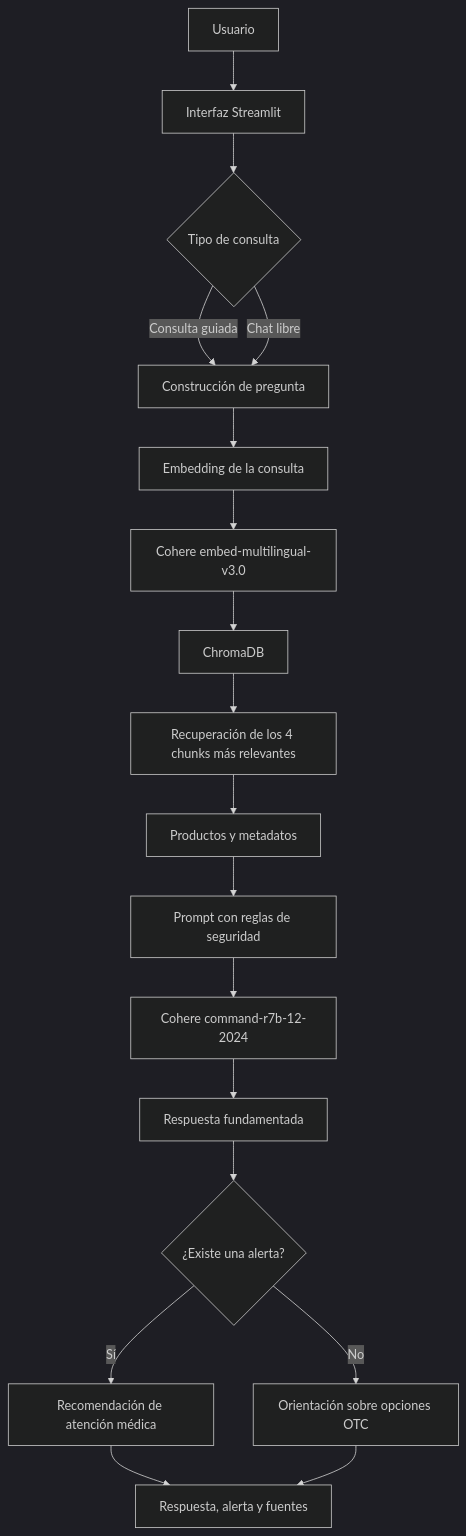
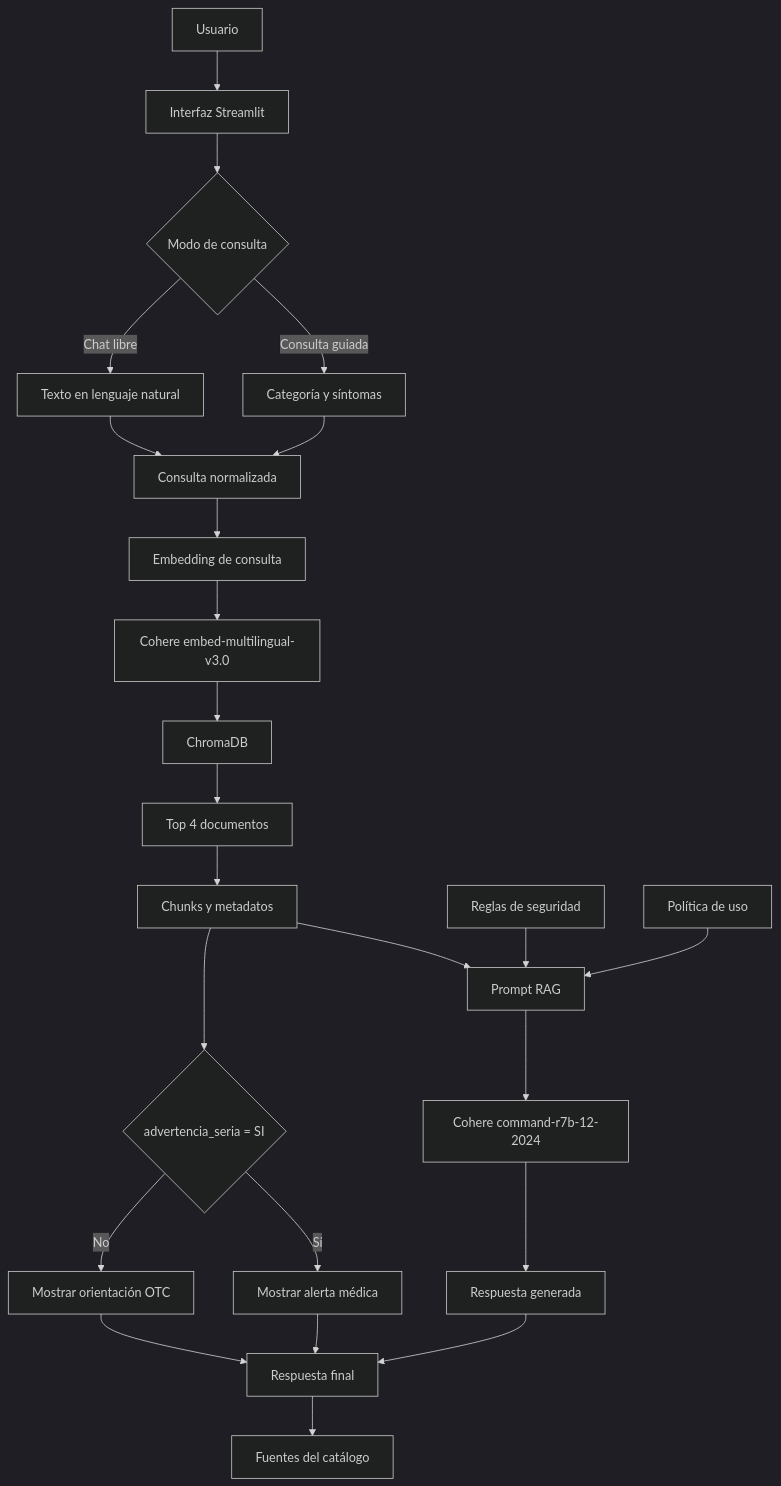
Before and after one commit to jgodinezaviles/farmaknow: the diagram in README.md, drawn with Mermaid (dark theme). The commit also changed other lines of this file, not shown here.

````diff
--- a/README.md
+++ b/README.md
@@ -115,27 +159,34 @@
 ```mermaid
 flowchart TD
     A[Usuario] --> B[Interfaz Streamlit]
 
-    B --> C{Tipo de consulta}
-    C -->|Consulta guiada| D[Construcción de pregunta]
-    C -->|Chat libre| D
+    B --> C{Modo de consulta}
+    C -->|Consulta guiada| D[Categoría y síntomas]
+    C -->|Chat libre| E[Texto en lenguaje natural]
 
-    D --> E[Embedding de la consulta]
-    E --> F[Cohere embed-multilingual-v3.0]
+    D --> F[Consulta normalizada]
+    E --> F
 
-    F --> G[ChromaDB]
-    G --> H[Recuperación de los 4 chunks más relevantes]
+    F --> G[Embedding de consulta]
+    G --> H[Cohere embed-multilingual-v3.0]
 
-    H --> I[Productos y metadatos]
-    I --> J[Prompt con reglas de seguridad]
+    H --> I[ChromaDB]
+    I --> J[Top 4 documentos]
+    J --> K[Chunks y metadatos]
 
-    J --> K[Cohere command-r7b-12-2024]
-    K --> L[Respuesta fundamentada]
+    K --> L[Prompt RAG]
+    M[Reglas de seguridad] --> L
+    N[Política de uso] --> L
 
-    L --> M{¿Existe una alerta?}
-    M -->|Sí| N[Recomendación de atención médica]
-    M -->|No| O[Orientación sobre opciones OTC]
+    L --> O[Cohere command-r7b-12-2024]
+    O --> P[Respuesta generada]
 
-    N --> P[Respuesta, alerta y fuentes]
-    O --> P
+    K --> Q{advertencia_seria = SI}
+    Q -->|Sí| R[Mostrar alerta médica]
+    Q -->|No| S[Mostrar orientación OTC]
+
+    P --> T[Respuesta final]
+    R --> T
+    S --> T
+    T --> U[Fuentes del catálogo]
 ```
````
